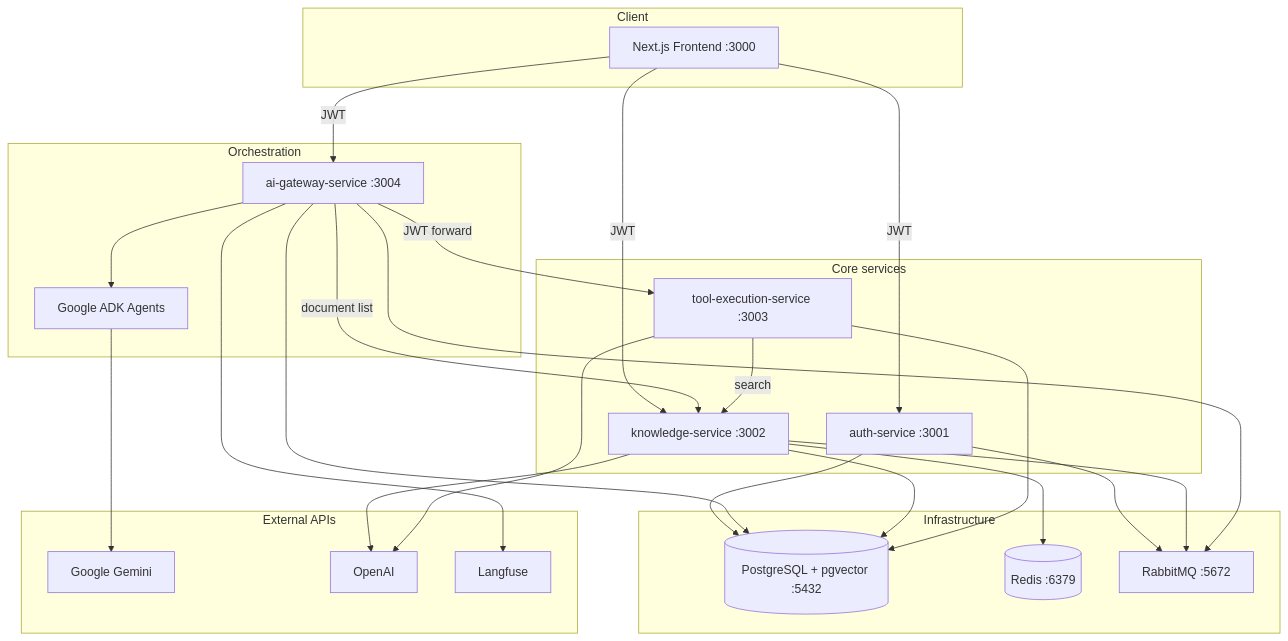
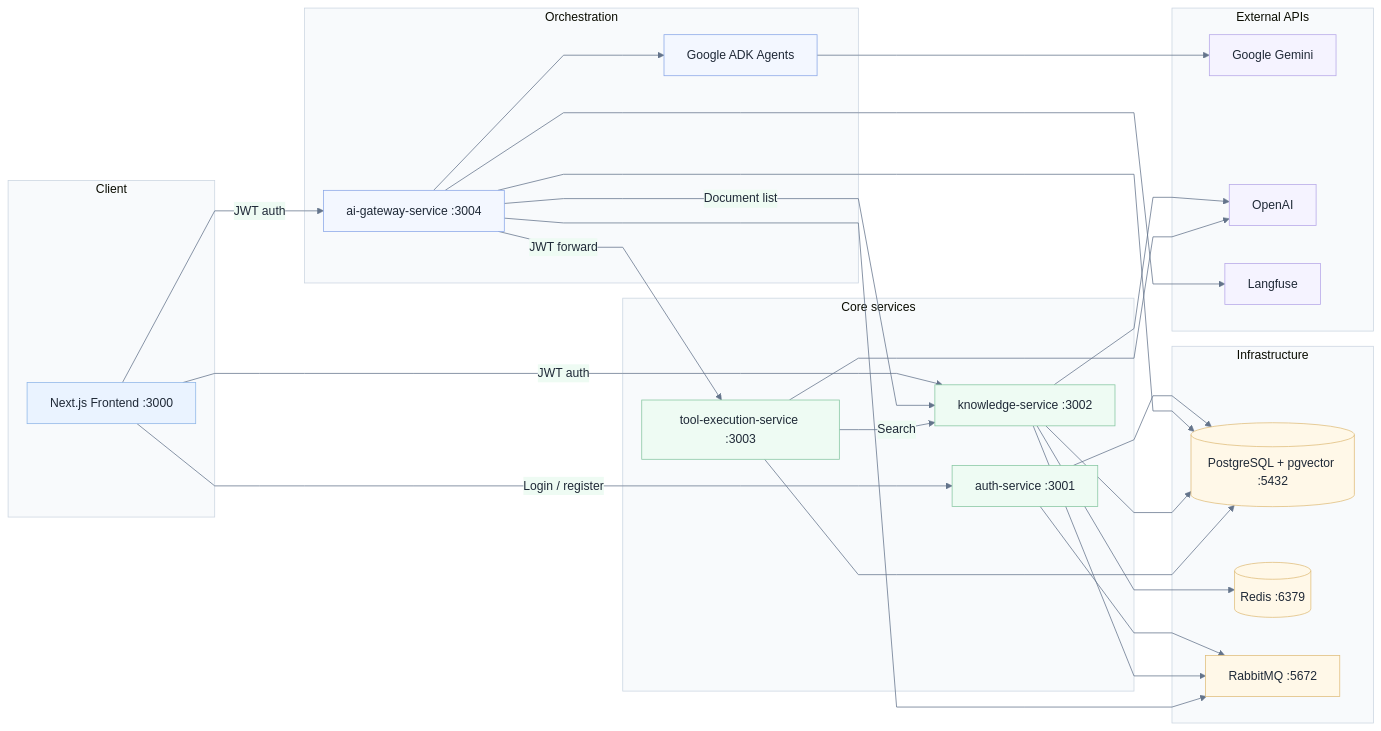
The first of 2 diagrams in README.md (Danilka-Akarawita/Assignment), drawn with Mermaid before and after one commit. The commit also changed other lines of this file, not shown here.

Commit message:
updated the diagrams

````diff
--- a/README.md
+++ b/README.md
@@ -34,54 +34,67 @@
 ```mermaid
-flowchart TB
+%%{init: {'theme':'base','flowchart': {'curve':'linear'}, 'themeVariables': {'fontFamily':'Inter, Arial, sans-serif','primaryColor':'#eaf3ff','primaryTextColor':'#1f2937','primaryBorderColor':'#8fb6e8','secondaryColor':'#eefbf3','tertiaryColor':'#f5f3ff','lineColor':'#64748b','clusterBkg':'#f8fafc','clusterBorder':'#cbd5e1'}}}%%
+flowchart LR
   subgraph client [Client]
     FE[Next.js Frontend :3000]
   end
 
   subgraph gateway [Orchestration]
     GW[ai-gateway-service :3004]
     ADK[Google ADK Agents]
     GW --> ADK
   end
 
   subgraph core [Core services]
     AUTH[auth-service :3001]
     KNOW[knowledge-service :3002]
     TOOLS[tool-execution-service :3003]
   end
 
   subgraph infra [Infrastructure]
     PG[(PostgreSQL + pgvector :5432)]
     REDIS[(Redis :6379)]
     RMQ[RabbitMQ :5672]
   end
 
   subgraph external [External APIs]
     GEMINI[Google Gemini]
     OPENAI[OpenAI]
     LF[Langfuse]
   end
 
-  FE -->|JWT| AUTH
-  FE -->|JWT| GW
-  FE -->|JWT| KNOW
+  FE -->|Login / register| AUTH
+  FE -->|JWT auth| GW
+  FE -->|JWT auth| KNOW
 
   GW -->|JWT forward| TOOLS
-  GW -->|document list| KNOW
-  TOOLS -->|search| KNOW
+  GW -->|Document list| KNOW
+  TOOLS -->|Search| KNOW
 
   AUTH --> PG
   GW --> PG
   KNOW --> PG
   TOOLS --> PG
 
   KNOW --> REDIS
   KNOW --> OPENAI
   TOOLS --> OPENAI
 
   AUTH --> RMQ
   KNOW --> RMQ
   GW --> RMQ
 
   ADK --> GEMINI
   GW --> LF
+
+  classDef clientNode fill:#eaf3ff,stroke:#8fb6e8,color:#1f2937;
+  classDef gatewayNode fill:#f3f7ff,stroke:#8aa7e8,color:#1f2937;
+  classDef serviceNode fill:#eefbf3,stroke:#86c6a1,color:#1f2937;
+  classDef infraNode fill:#fff8e8,stroke:#e0be7c,color:#1f2937;
+  classDef extNode fill:#f5f3ff,stroke:#b6a7e8,color:#1f2937;
+
+  class FE clientNode;
+  class GW,ADK gatewayNode;
+  class AUTH,KNOW,TOOLS serviceNode;
+  class PG,REDIS,RMQ infraNode;
+  class GEMINI,OPENAI,LF extNode;
 ```
````
